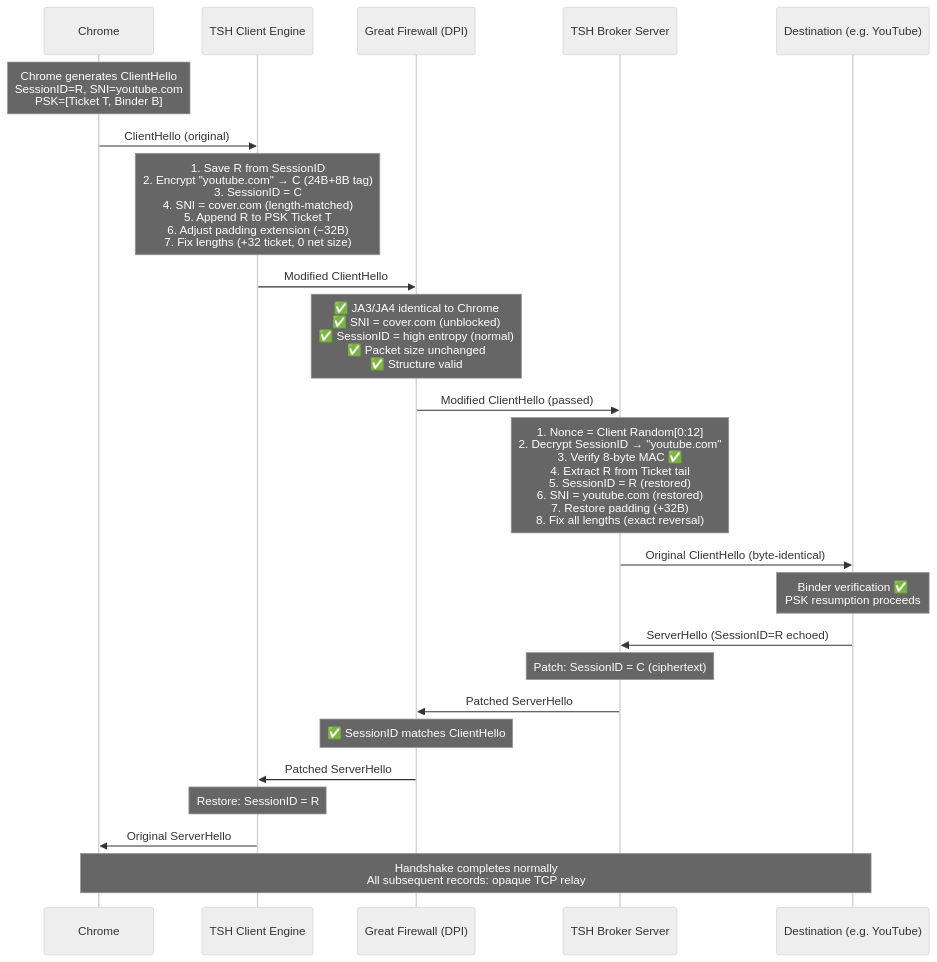
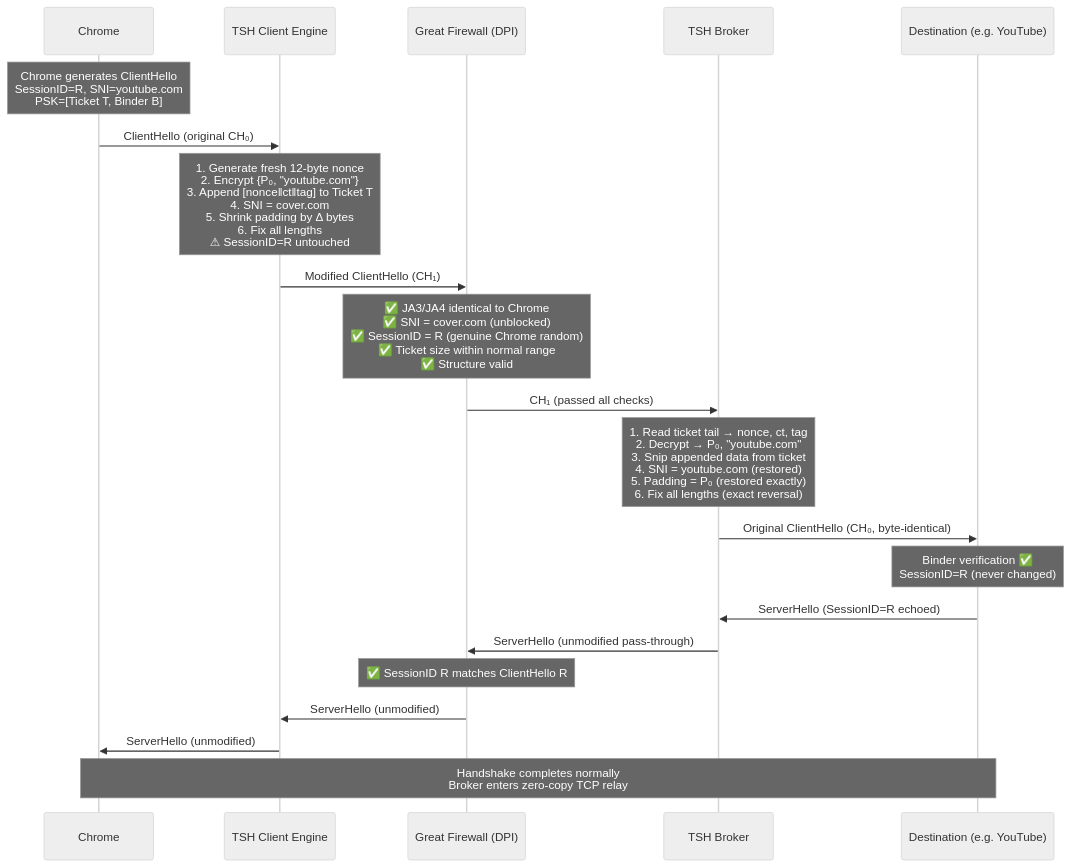
One commit to Wenri/TSH changed the diagram in README.md. Above: the diagram before and after it, drawn with Mermaid (neutral theme). The commit also changed other lines of this file and 1 other file, not shown here.

First line of the commit message:
v4: Direct Ticket Injection architecture

````diff
--- a/README.md
+++ b/README.md
@@ -16,34 +16,31 @@
 ```mermaid
 sequenceDiagram
     participant C as Chrome
     participant E as TSH Client Engine
     participant GFW as Great Firewall (DPI)
-    participant P as TSH Broker Server
+    participant B as TSH Broker
     participant Y as Destination (e.g. YouTube)
 
     Note over C: Chrome generates ClientHello<br/>SessionID=R, SNI=youtube.com<br/>PSK=[Ticket T, Binder B]
 
-    C->>E: ClientHello (original)
-    Note over E: 1. Save R from SessionID<br/>2. Encrypt "youtube.com" → C (24B+8B tag)<br/>3. SessionID = C<br/>4. SNI = cover.com (length-matched)<br/>5. Append R to PSK Ticket T<br/>6. Adjust padding extension (−32B)<br/>7. Fix lengths (+32 ticket, 0 net size)
+    C->>E: ClientHello (original CH₀)
+    Note over E: 1. Generate fresh 12-byte nonce<br/>2. Encrypt {P₀, "youtube.com"}<br/>3. Append [nonce‖ct‖tag] to Ticket T<br/>4. SNI = cover.com<br/>5. Shrink padding by Δ bytes<br/>6. Fix all lengths<br/>⚠ SessionID=R untouched
 
-    E->>GFW: Modified ClientHello
-    Note over GFW: ✅ JA3/JA4 identical to Chrome<br/>✅ SNI = cover.com (unblocked)<br/>✅ SessionID = high entropy (normal)<br/>✅ Packet size unchanged<br/>✅ Structure valid
+    E->>GFW: Modified ClientHello (CH₁)
+    Note over GFW: ✅ JA3/JA4 identical to Chrome<br/>✅ SNI = cover.com (unblocked)<br/>✅ SessionID = R (genuine Chrome random)<br/>✅ Ticket size within normal range<br/>✅ Structure valid
 
-    GFW->>P: Modified ClientHello (passed)
-    Note over P: 1. Nonce = Client Random[0:12]<br/>2. Decrypt SessionID → "youtube.com"<br/>3. Verify 8-byte MAC ✅<br/>4. Extract R from Ticket tail<br/>5. SessionID = R (restored)<br/>6. SNI = youtube.com (restored)<br/>7. Restore padding (+32B)<br/>8. Fix all lengths (exact reversal)
+    GFW->>B: CH₁ (passed all checks)
+    Note over B: 1. Read ticket tail → nonce, ct, tag<br/>2. Decrypt → P₀, "youtube.com"<br/>3. Snip appended data from ticket<br/>4. SNI = youtube.com (restored)<br/>5. Padding = P₀ (restored exactly)<br/>6. Fix all lengths (exact reversal)
 
-    P->>Y: Original ClientHello (byte-identical)
-    Note over Y: Binder verification ✅<br/>PSK resumption proceeds
+    B->>Y: Original ClientHello (CH₀, byte-identical)
+    Note over Y: Binder verification ✅<br/>SessionID=R (never changed)
 
-    Y->>P: ServerHello (SessionID=R echoed)
-    Note over P: Patch: SessionID = C (ciphertext)
+    Y->>B: ServerHello (SessionID=R echoed)
+    B->>GFW: ServerHello (unmodified pass-through)
+    Note over GFW: ✅ SessionID R matches ClientHello R
 
-    P->>GFW: Patched ServerHello
-    Note over GFW: ✅ SessionID matches ClientHello
+    GFW->>E: ServerHello (unmodified)
+    E->>C: ServerHello (unmodified)
 
-    GFW->>E: Patched ServerHello
-    Note over E: Restore: SessionID = R
-    E->>C: Original ServerHello
-
-    Note over C,Y: Handshake completes normally<br/>All subsequent records: opaque TCP relay
+    Note over C,Y: Handshake completes normally<br/>Broker enters zero-copy TCP relay
 ```
````
